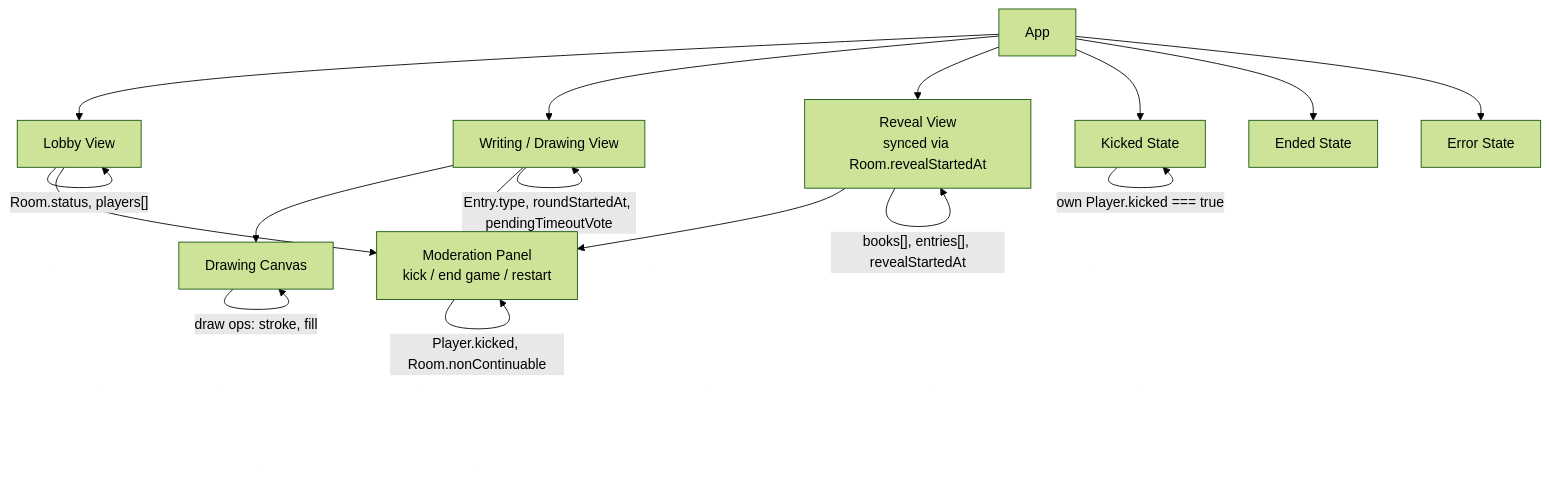
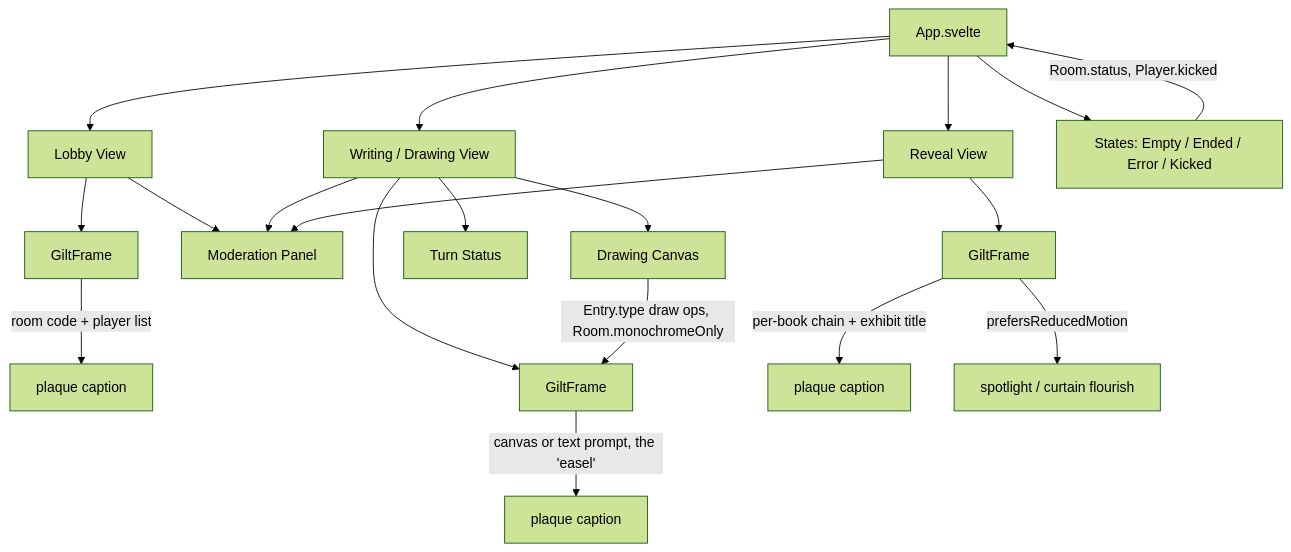
The third of 3 diagrams in README.md (moui72/exquisite-telephone), drawn with Mermaid (forest theme) before and after one commit. The commit also changed 5 other files, not shown here.

First line of the commit message:
Regenerate ui.md diagram; plan and task the two feedback-item fixes

````diff
--- a/README.md
+++ b/README.md
@@ -85,31 +85,24 @@
 ```mermaid
 graph TD
-    App[App]
-    Lobby[Lobby View]
-    WritingDrawing[Writing / Drawing View]
-    DrawingCanvas[Drawing Canvas]
-    ModerationPanel[Moderation Panel<br/>kick / end game / restart]
-    Reveal[Reveal View<br/>synced via Room.revealStartedAt]
-    Kicked[Kicked State]
-    Ended[Ended State]
-    ErrorState[Error State]
+  App[App.svelte]
 
-    App --> Lobby
-    App --> WritingDrawing
-    App --> Reveal
-    App --> Kicked
-    App --> Ended
-    App --> ErrorState
+  App --> Lobby[Lobby View]
+  App --> WD["Writing / Drawing View"]
+  App --> Reveal[Reveal View]
+  App --> States["States: Empty / Ended / Error / Kicked"]
 
-    WritingDrawing --> DrawingCanvas
-    WritingDrawing --> ModerationPanel
-    Reveal --> ModerationPanel
-    Lobby --> ModerationPanel
+  Lobby --> LobbyFrame[GiltFrame] -->|room code + player list| LobbyPlaque[plaque caption]
+  Lobby --> Mod[Moderation Panel]
 
-    Lobby -- "Room.status, players[]" --> Lobby
-    WritingDrawing -- "Entry.type, roundStartedAt, pendingTimeoutVote" --> WritingDrawing
-    DrawingCanvas -- "draw ops: stroke, fill" --> DrawingCanvas
-    ModerationPanel -- "Player.kicked, Room.nonContinuable" --> ModerationPanel
-    Reveal -- "books[], entries[], revealStartedAt" --> Reveal
-    Kicked -- "own Player.kicked === true" --> Kicked
+  WD --> WDFrame[GiltFrame] -->|canvas or text prompt, the 'easel'| WDPlaque[plaque caption]
+  WD --> Canvas[Drawing Canvas]
+  WD --> Turn[Turn Status]
+  Canvas -->|Entry.type draw ops, Room.monochromeOnly| WDFrame
+  WD --> Mod
+
+  Reveal --> RevealFrame[GiltFrame] -->|per-book chain + exhibit title| RevealPlaque[plaque caption]
+  RevealFrame -->|prefersReducedMotion| Spotlight[spotlight / curtain flourish]
+  Reveal --> Mod
+
+  States -->|Room.status, Player.kicked| App
 ```
````
